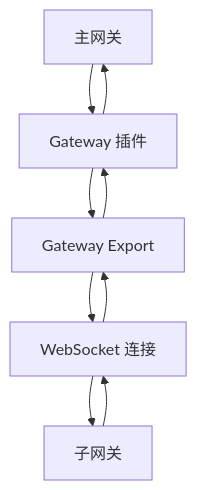
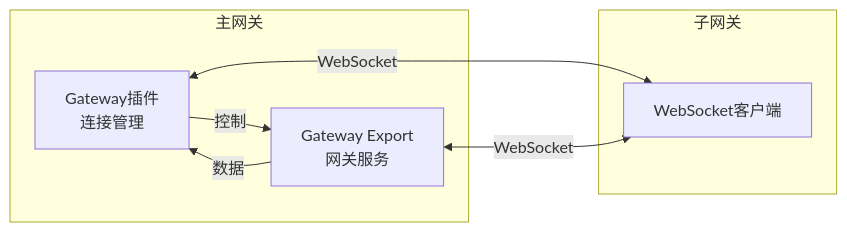
Before and after one commit to ibuilding-X/driver-box: the first of 11 diagrams in pages/src/content/docs/exports/gateway.mdx, drawn with Mermaid. The commit also changed other lines of this file and 6 other files, not shown here.

````diff
--- a/pages/src/content/docs/exports/gateway.mdx
+++ b/pages/src/content/docs/exports/gateway.mdx
@@ -22,12 +18,17 @@
 ```mermaid
-graph TD
-    A[主网关] --> B[Gateway 插件]
-    B --> C[Gateway Export]
-    C --> D[WebSocket 连接]
-    D --> E[子网关]
+graph LR
+    subgraph "主网关"
+        A[Gateway插件<br/>连接管理]
+        B[Gateway Export<br/>网关服务]
+    end
     
-    E --> D
-    D --> C
-    C --> B
-    B --> A
+    subgraph "子网关"
+        C[WebSocket客户端]
+    end
+    
+    A <-->|WebSocket| C
+    B <-->|WebSocket| C
+    
+    A -->|控制| B
+    B -->|数据| A
 ```
````
